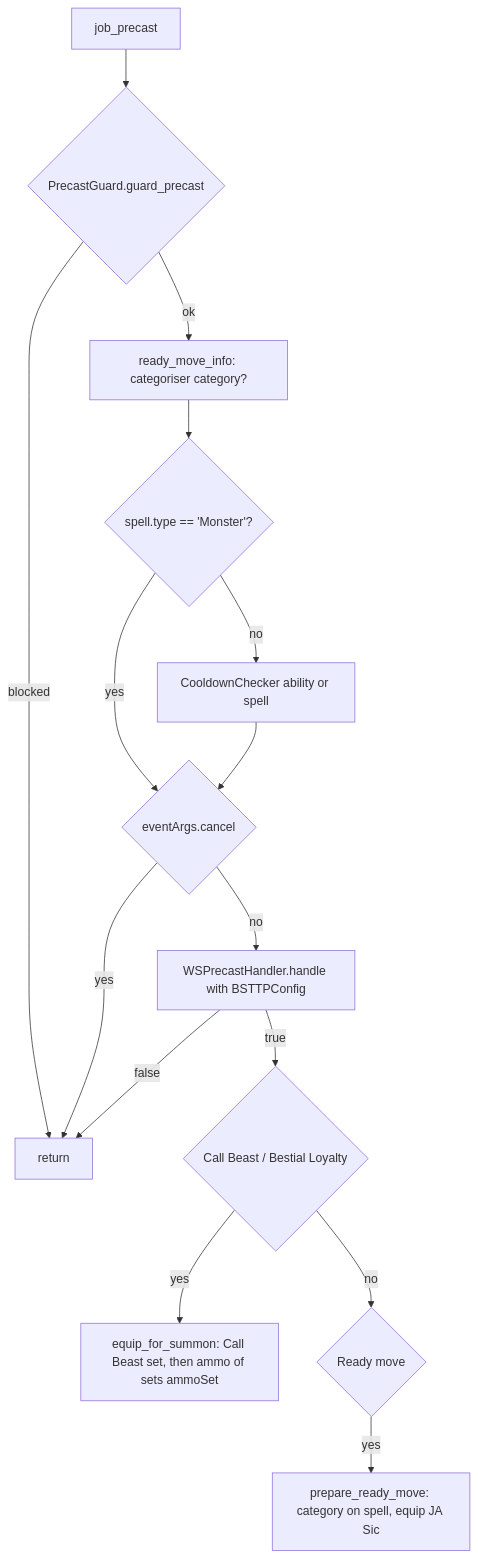
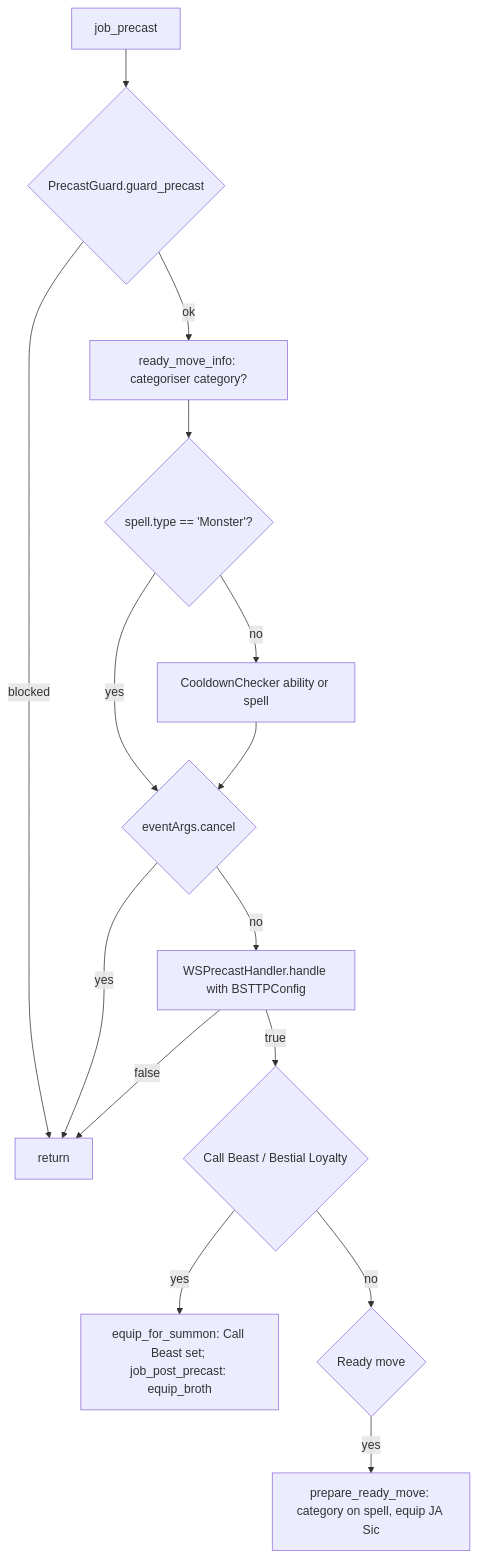
Before and after one commit to ejouanchicot/Gearswap: the second of 4 diagrams in docs/dev/jobs/bst.md, drawn with Mermaid. The commit also changed other lines of this file and 4 other files, not shown here.

First line of the commit message:
fix(bst): the broth wins over the summon set; drop unread sets and lists

````diff
--- a/docs/dev/jobs/bst.md
+++ b/docs/dev/jobs/bst.md
@@ -160,17 +160,17 @@
 ```mermaid
 flowchart TD
     A[job_precast] --> B{PrecastGuard.guard_precast}
     B -- blocked --> Z[return]
     B -- ok --> C[ready_move_info: categoriser category?]
     C --> D{spell.type == 'Monster'?}
     D -- no --> E[CooldownChecker ability or spell]
     D -- yes --> G
     E --> G{eventArgs.cancel}
     G -- yes --> Z
     G -- no --> H[WSPrecastHandler.handle with BSTTPConfig]
     H -- false --> Z
     H -- true --> I{Call Beast / Bestial Loyalty}
-    I -- yes --> J[equip_for_summon: Call Beast set, then ammo of sets ammoSet]
+    I -- yes --> J[equip_for_summon: Call Beast set; job_post_precast: equip_broth]
     I -- no --> K{Ready move}
     K -- yes --> L[prepare_ready_move: category on spell, equip JA Sic]
 ```
````
